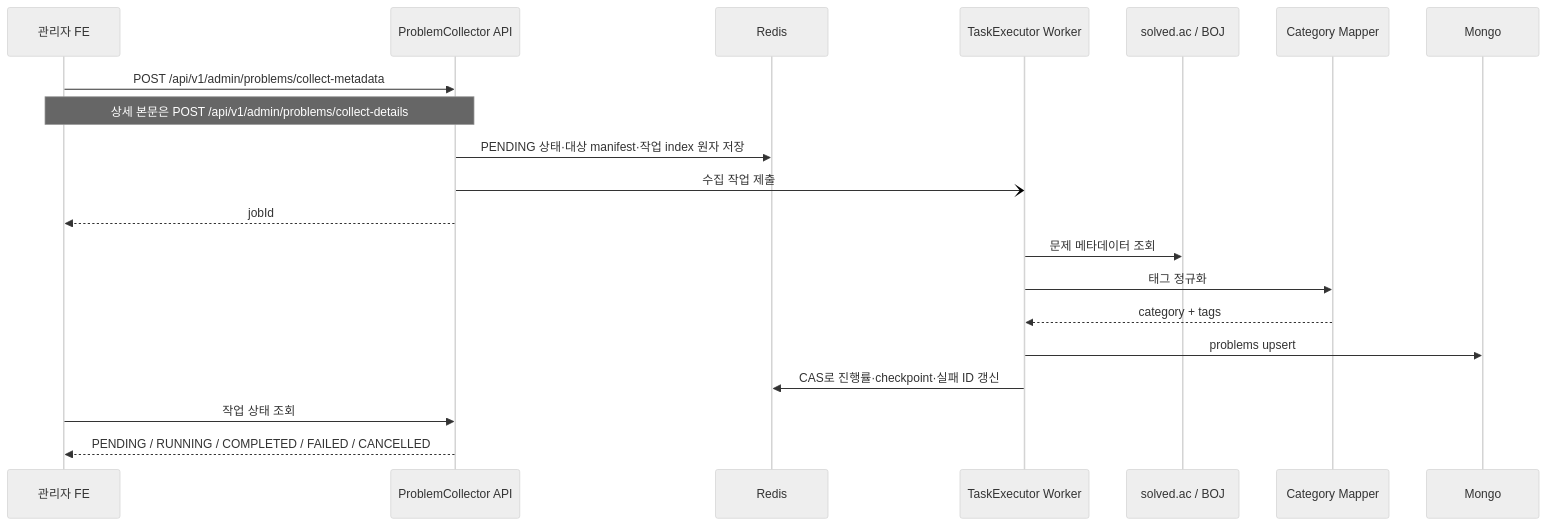
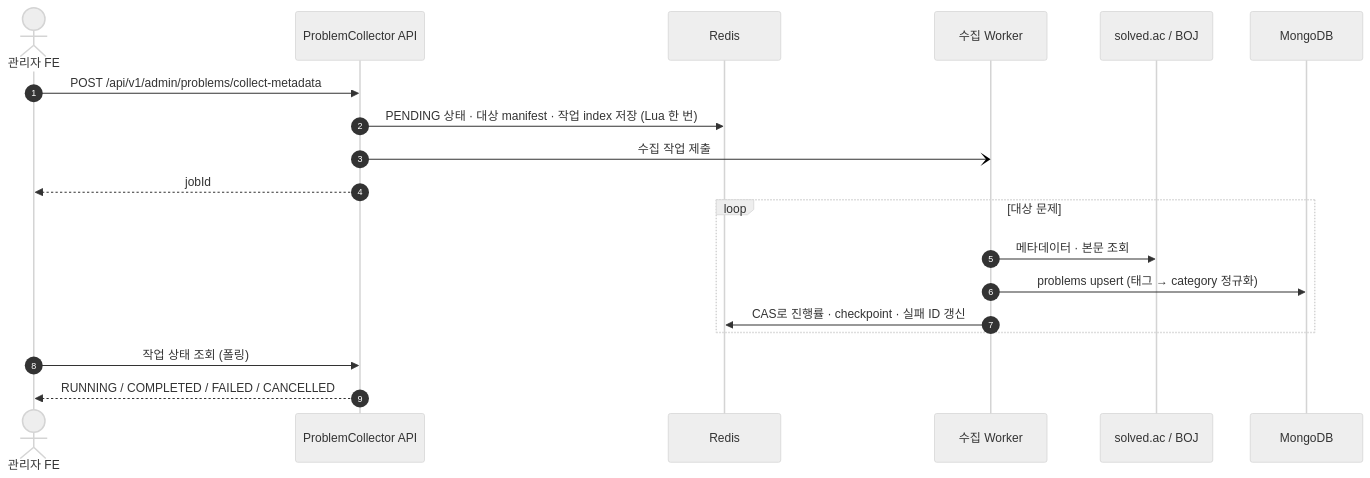
One commit to didim-log/didim-log-BE changed the second of 2 diagrams in README.md. Above: the diagram before and after it, drawn with Mermaid (neutral theme). The commit also changed other lines of this file and 5 other files, not shown here.

````diff
--- a/README.md
+++ b/README.md
@@ -113,23 +68,22 @@
 ```mermaid
 sequenceDiagram
-    participant Admin as 관리자 FE
+    autonumber
+    actor Admin as 관리자 FE
     participant API as ProblemCollector API
     participant Redis
-    participant Worker as TaskExecutor Worker
+    participant Worker as 수집 Worker
     participant Source as solved.ac / BOJ
-    participant Mapper as Category Mapper
-    participant Mongo
+    participant Mongo as MongoDB
 
     Admin->>API: POST /api/v1/admin/problems/collect-metadata
-    Note over Admin,API: 상세 본문은 POST /api/v1/admin/problems/collect-details
-    API->>Redis: PENDING 상태·대상 manifest·작업 index 원자 저장
+    API->>Redis: PENDING 상태 · 대상 manifest · 작업 index 저장 (Lua 한 번)
     API-)Worker: 수집 작업 제출
     API-->>Admin: jobId
-    Worker->>Source: 문제 메타데이터 조회
-    Worker->>Mapper: 태그 정규화
-    Mapper-->>Worker: category + tags
-    Worker->>Mongo: problems upsert
-    Worker->>Redis: CAS로 진행률·checkpoint·실패 ID 갱신
-    Admin->>API: 작업 상태 조회
-    API-->>Admin: PENDING / RUNNING / COMPLETED / FAILED / CANCELLED
+    loop 대상 문제
+        Worker->>Source: 메타데이터 · 본문 조회
+        Worker->>Mongo: problems upsert (태그 → category 정규화)
+        Worker->>Redis: CAS로 진행률 · checkpoint · 실패 ID 갱신
+    end
+    Admin->>API: 작업 상태 조회 (폴링)
+    API-->>Admin: RUNNING / COMPLETED / FAILED / CANCELLED
 ```
````
